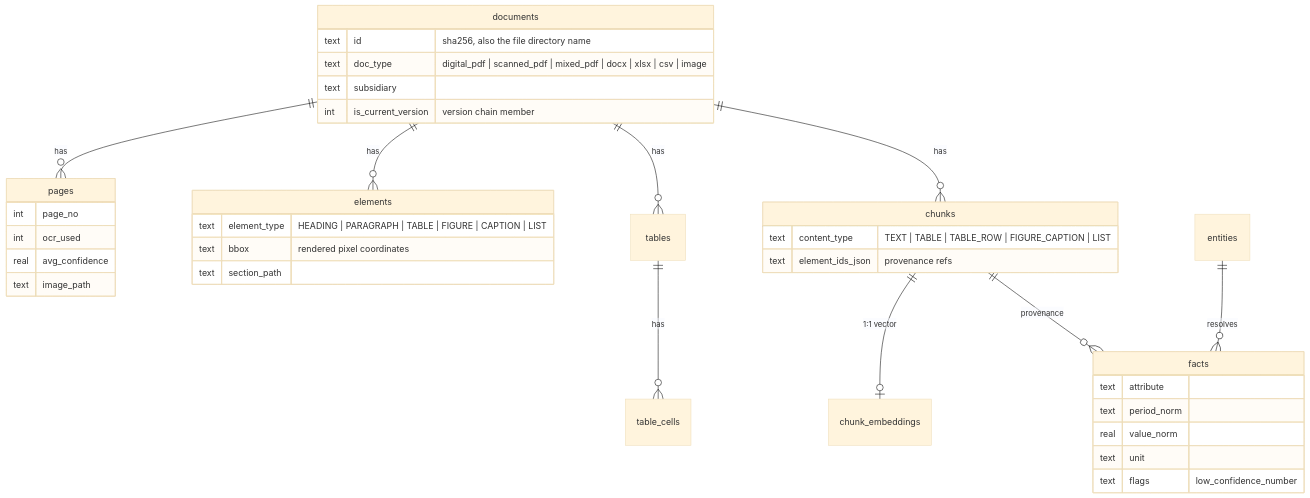
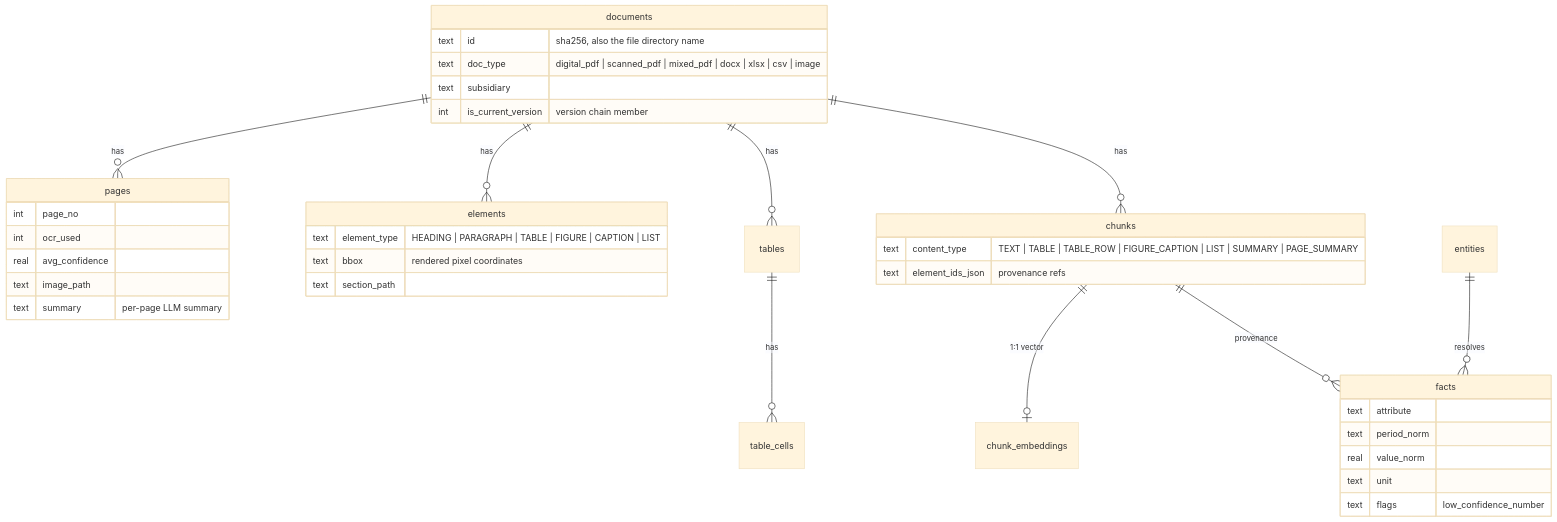
The fourth of 6 diagrams in docs/ARCHITECTURE.md (SpreadSheets600/CMPDI-Intelligence), drawn with Mermaid (base theme) before and after one commit. The commit also changed other lines of this file and 1 other file, not shown here.

Commit message:
docs: per-page summaries, knowledge tree fixes, accurate system diagrams and module map

````diff
--- a/docs/ARCHITECTURE.md
+++ b/docs/ARCHITECTURE.md
@@ -194,40 +207,41 @@
 ```mermaid
 erDiagram
     documents ||--o{ pages : has
     documents ||--o{ elements : has
     documents ||--o{ tables : has
     documents ||--o{ chunks : has
     tables ||--o{ table_cells : has
     chunks ||--o| chunk_embeddings : "1:1 vector"
     chunks ||--o{ facts : "provenance"
     entities ||--o{ facts : resolves
 
     documents {
         text id "sha256, also the file directory name"
         text doc_type "digital_pdf | scanned_pdf | mixed_pdf | docx | xlsx | csv | image"
         text subsidiary
         int is_current_version "version chain member"
     }
     pages {
         int page_no
         int ocr_used
         real avg_confidence
         text image_path
+        text summary "per-page LLM summary"
     }
     elements {
         text element_type "HEADING | PARAGRAPH | TABLE | FIGURE | CAPTION | LIST"
         text bbox "rendered pixel coordinates"
         text section_path
     }
     chunks {
-        text content_type "TEXT | TABLE | TABLE_ROW | FIGURE_CAPTION | LIST"
+        text content_type "TEXT | TABLE | TABLE_ROW | FIGURE_CAPTION | LIST | SUMMARY | PAGE_SUMMARY"
         text element_ids_json "provenance refs"
     }
     facts {
         text attribute
         text period_norm
         real value_norm
         text unit
         text flags "low_confidence_number"
     }
 ```
````
